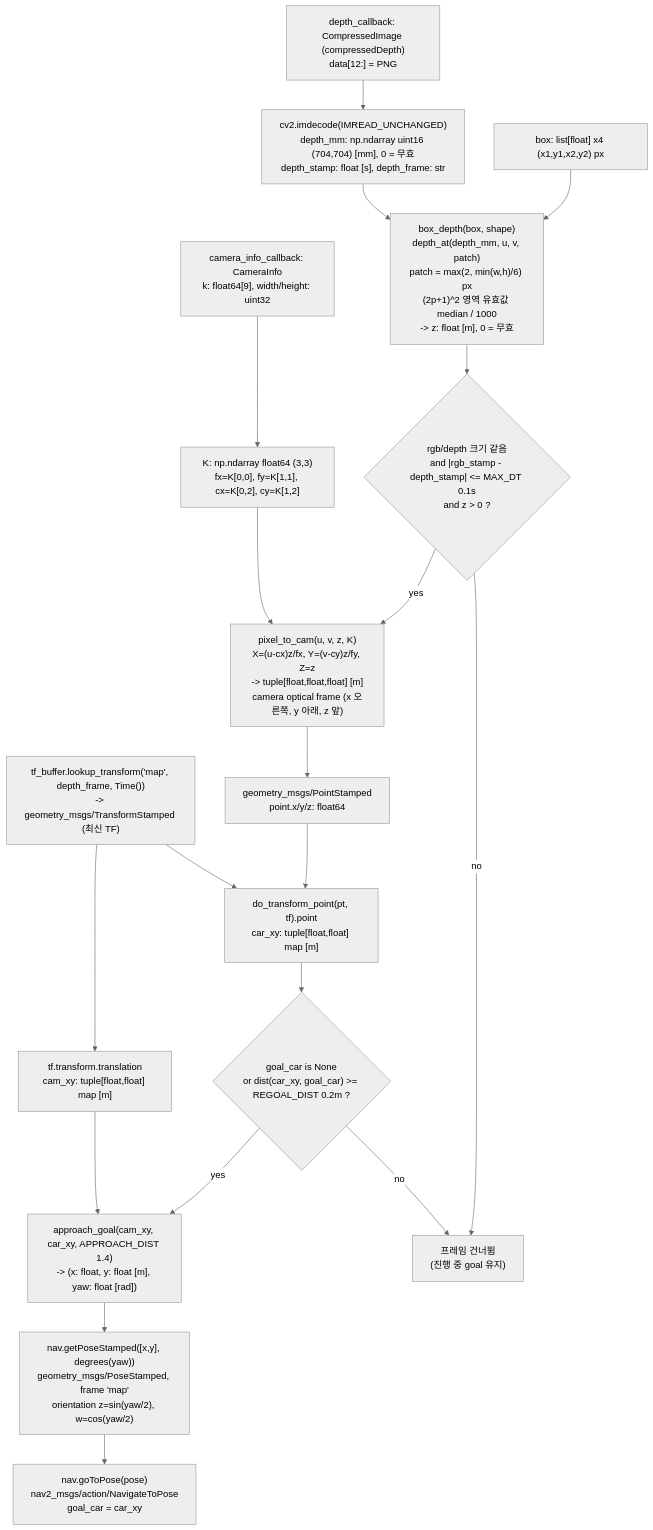
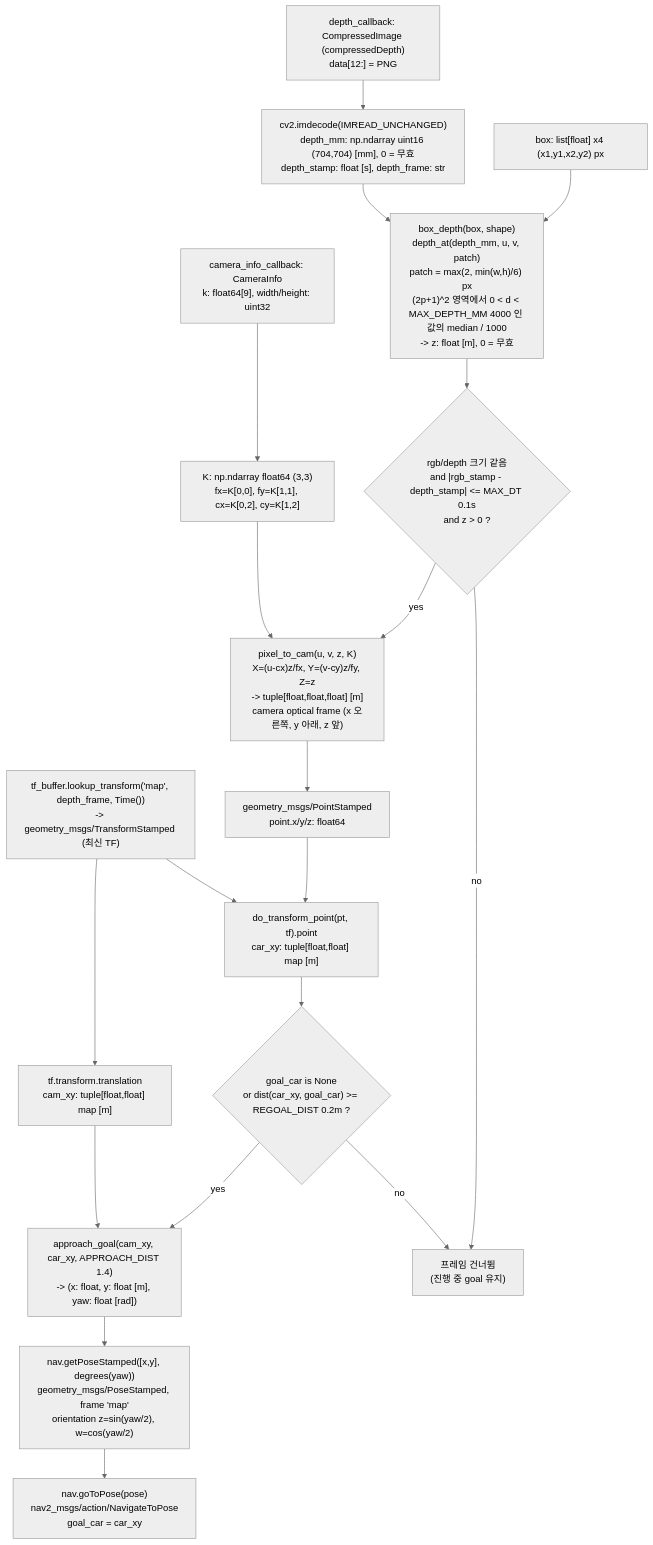
One commit to choicsh/cobot4_ws_miniproject changed the fifth of 7 diagrams in docs/architecture.md. Above: the diagram before and after it, drawn with Mermaid (neutral theme). The commit also changed other lines of this file and 3 other files, not shown here.

````diff
--- a/docs/architecture.md
+++ b/docs/architecture.md
@@ -147,21 +147,21 @@
 ```mermaid
 flowchart TD
     D0["depth_callback: CompressedImage (compressedDepth)<br/>data[12:] = PNG"] --> D1["cv2.imdecode(IMREAD_UNCHANGED)<br/>depth_mm: np.ndarray uint16 (704,704) [mm], 0 = 무효<br/>depth_stamp: float [s], depth_frame: str"]
     K0["camera_info_callback: CameraInfo<br/>k: float64[9], width/height: uint32"] --> K1["K: np.ndarray float64 (3,3)<br/>fx=K[0,0], fy=K[1,1], cx=K[0,2], cy=K[1,2]"]
     BOX["box: list[float] x4 (x1,y1,x2,y2) px"] --> Z
-    D1 --> Z["box_depth(box, shape)<br/>depth_at(depth_mm, u, v, patch)<br/>patch = max(2, min(w,h)/6) px<br/>(2p+1)^2 영역 유효값 median / 1000<br/>-> z: float [m], 0 = 무효"]
+    D1 --> Z["box_depth(box, shape)<br/>depth_at(depth_mm, u, v, patch)<br/>patch = max(2, min(w,h)/6) px<br/>(2p+1)^2 영역에서 0 < d < MAX_DEPTH_MM 4000 인 값의 median / 1000<br/>-> z: float [m], 0 = 무효"]
     Z --> CHK{"rgb/depth 크기 같음<br/>and |rgb_stamp - depth_stamp| <= MAX_DT 0.1s<br/>and z > 0 ?"}
     CHK -- no --> SKIP["프레임 건너뜀<br/>(진행 중 goal 유지)"]
     CHK -- yes --> P["pixel_to_cam(u, v, z, K)<br/>X=(u-cx)z/fx, Y=(v-cy)z/fy, Z=z<br/>-> tuple[float,float,float] [m]<br/>camera optical frame (x 오른쪽, y 아래, z 앞)"]
     K1 --> P
     TF0["tf_buffer.lookup_transform('map', depth_frame, Time())<br/>-> geometry_msgs/TransformStamped (최신 TF)"] --> T
     P --> PS["geometry_msgs/PointStamped<br/>point.x/y/z: float64"]
     PS --> T["do_transform_point(pt, tf).point<br/>car_xy: tuple[float,float] map [m]"]
     TF0 --> CAM["tf.transform.translation<br/>cam_xy: tuple[float,float] map [m]"]
     T --> RG{"goal_car is None<br/>or dist(car_xy, goal_car) >= REGOAL_DIST 0.2m ?"}
     RG -- no --> SKIP
     RG -- yes --> AG["approach_goal(cam_xy, car_xy, APPROACH_DIST 1.4)<br/>-> (x: float, y: float [m], yaw: float [rad])"]
     CAM --> AG
     AG --> PO["nav.getPoseStamped([x,y], degrees(yaw))<br/>geometry_msgs/PoseStamped, frame 'map'<br/>orientation z=sin(yaw/2), w=cos(yaw/2)"]
     PO --> GO["nav.goToPose(pose)<br/>nav2_msgs/action/NavigateToPose<br/>goal_car = car_xy"]
 ```
````
